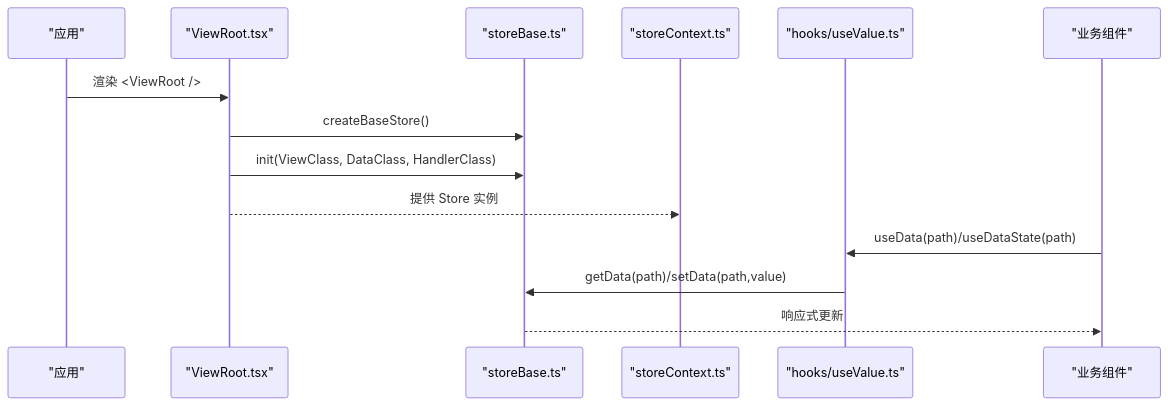
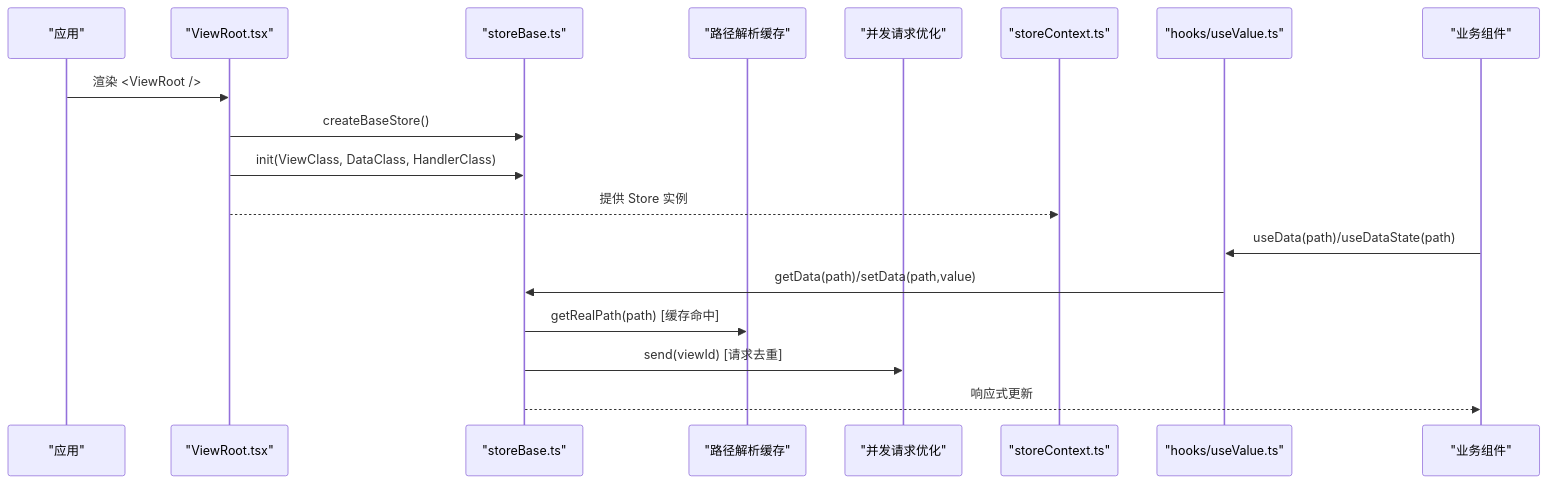
The second of 9 diagrams in .qoder/repowiki/zh/content/框架核心/状态管理.md (liqiongke/FrontArk), drawn with Mermaid before and after one commit. The commit also changed other lines of this file and 25 other files, not shown here.

````diff
--- a/.qoder/repowiki/zh/content/框架核心/状态管理.md
+++ b/.qoder/repowiki/zh/content/框架核心/状态管理.md
@@ -95,16 +114,20 @@
 ```mermaid
 sequenceDiagram
 participant App as "应用"
 participant VR as "ViewRoot.tsx"
 participant SB as "storeBase.ts"
+participant PathCache as "路径解析缓存"
+participant ReqOpt as "并发请求优化"
 participant CTX as "storeContext.ts"
 participant Hook as "hooks/useValue.ts"
 participant Comp as "业务组件"
 App->>VR : 渲染 <ViewRoot />
 VR->>SB : createBaseStore()
 VR->>SB : init(ViewClass, DataClass, HandlerClass)
 VR-->>CTX : 提供 Store 实例
 Comp->>Hook : useData(path)/useDataState(path)
 Hook->>SB : getData(path)/setData(path,value)
+SB->>PathCache : getRealPath(path) [缓存命中]
+SB->>ReqOpt : send(viewId) [请求去重]
 SB-->>Comp : 响应式更新
 ```
````
